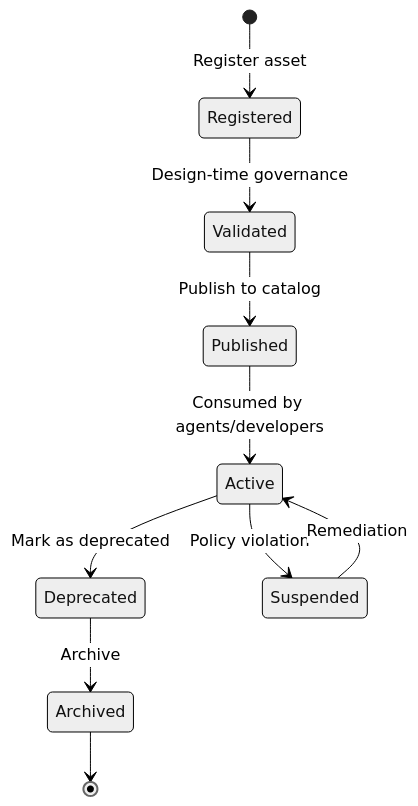
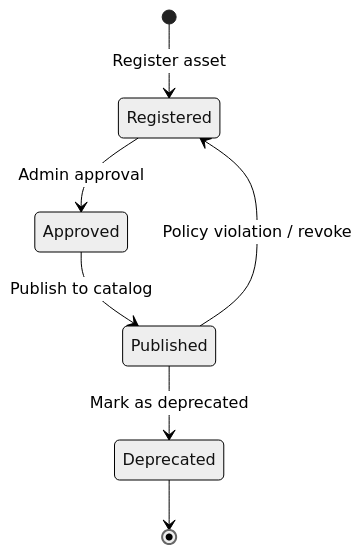
Before and after one commit to anishtallapureddy/standalone-ai-gateway: the second of 2 diagrams in docs/entity-model.md, drawn with Mermaid (neutral theme). The commit also changed other lines of this file and 8 other files, not shown here.

````diff
--- a/docs/entity-model.md
+++ b/docs/entity-model.md
@@ -101,13 +159,10 @@
 ```mermaid
 stateDiagram-v2
     [*] --> Registered: Register asset
-    Registered --> Validated: Design-time governance
-    Validated --> Published: Publish to catalog
-    Published --> Active: Consumed by agents/developers
-    Active --> Deprecated: Mark as deprecated
-    Deprecated --> Archived: Archive
-    Archived --> [*]
+    Registered --> Approved: Admin approval
+    Approved --> Published: Publish to catalog
+    Published --> Deprecated: Mark as deprecated
+    Deprecated --> [*]
 
-    Active --> Suspended: Policy violation
-    Suspended --> Active: Remediation
+    Published --> Registered: Policy violation / revoke
 ```
````
